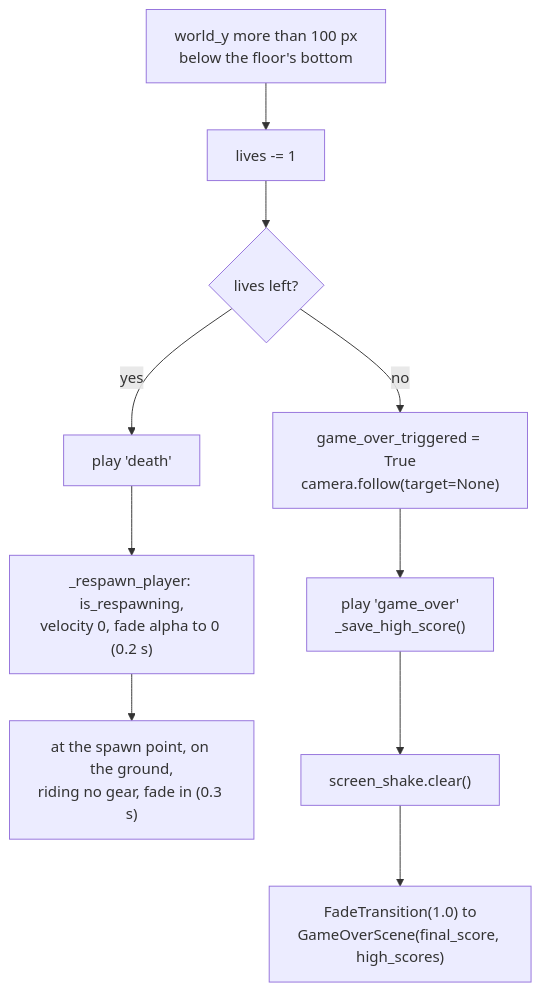
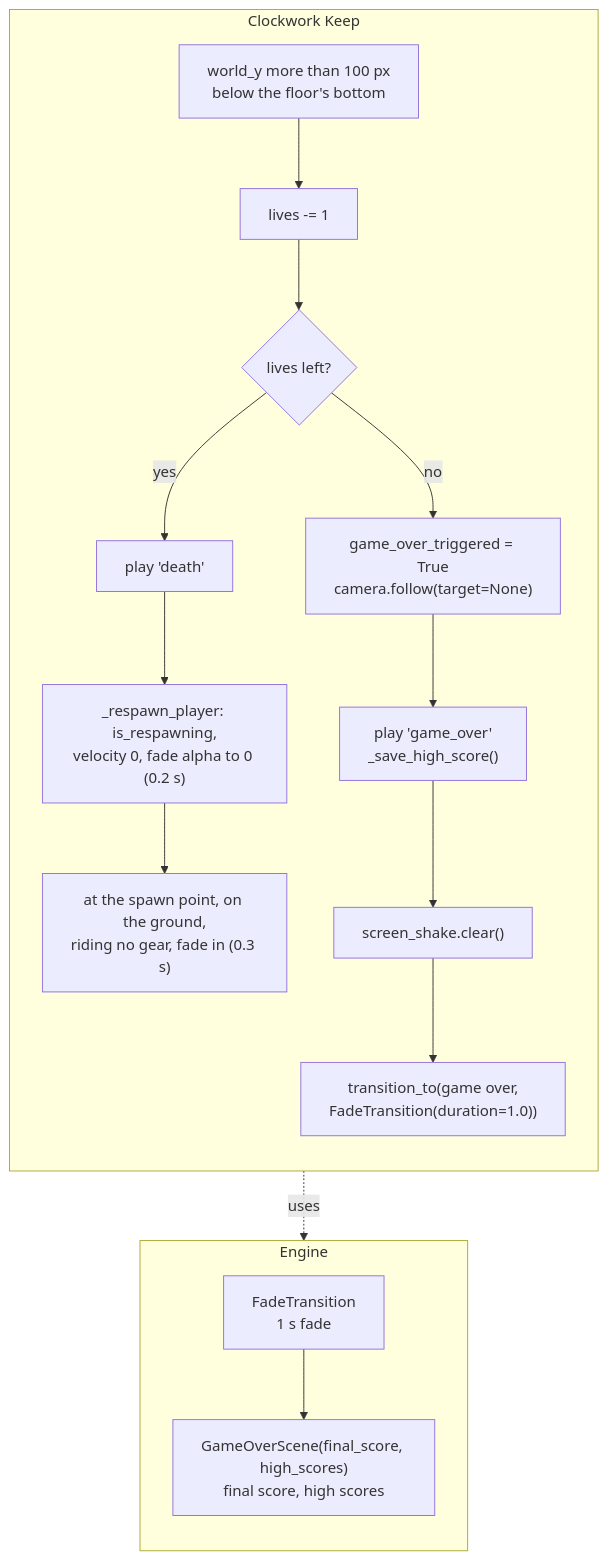
Before and after one commit to terrysimons/glitchygames: the sixth of 6 diagrams in docs/games/clockwork_keep.md, drawn with Mermaid. The commit also changed other lines of this file and 5 other files, not shown here.

First line of the commit message:
Docs: every diagram that mixes engine and game code shows the split

````diff
--- a/docs/games/clockwork_keep.md
+++ b/docs/games/clockwork_keep.md
@@ -449,12 +513,22 @@
 ```mermaid
 flowchart TB
-    fall["world_y more than 100 px<br/>below the floor's bottom"] --> lose["lives -= 1"]
-    lose --> left{"lives left?"}
-    left -->|yes| deathSound["play 'death'"]
-    deathSound --> fadeOut["_respawn_player: is_respawning,<br/>velocity 0, fade alpha to 0 (0.2 s)"]
-    fadeOut --> respawn["at the spawn point, on the ground,<br/>riding no gear, fade in (0.3 s)"]
-    left -->|no| over["game_over_triggered = True<br/>camera.follow(target=None)"]
-    over --> sounds["play 'game_over'<br/>_save_high_score()"]
-    sounds --> clear["screen_shake.clear()"]
-    clear --> fade["FadeTransition(1.0) to<br/>GameOverScene(final_score, high_scores)"]
+    subgraph GAME_DEATH["Clockwork Keep"]
+        direction TB
+        fall["world_y more than 100 px<br/>below the floor's bottom"] --> lose["lives -= 1"]
+        lose --> left{"lives left?"}
+        left -->|yes| deathSound["play 'death'"]
+        deathSound --> fadeOut["_respawn_player: is_respawning,<br/>velocity 0, fade alpha to 0 (0.2 s)"]
+        fadeOut --> respawn["at the spawn point, on the ground,<br/>riding no gear, fade in (0.3 s)"]
+        left -->|no| over["game_over_triggered = True<br/>camera.follow(target=None)"]
+        over --> sounds["play 'game_over'<br/>_save_high_score()"]
+        sounds --> clear["screen_shake.clear()"]
+        clear --> fade["transition_to(game over,<br/>FadeTransition(duration=1.0))"]
+    end
+    subgraph ENGINE_DEATH["Engine"]
+        direction TB
+        deathFadeTransition["FadeTransition<br/>1 s fade"]
+        deathGameOver["GameOverScene(final_score, high_scores)<br/>final score, high scores"]
+        deathFadeTransition --> deathGameOver
+    end
+    fade -.->|uses| deathFadeTransition
 ```
````
